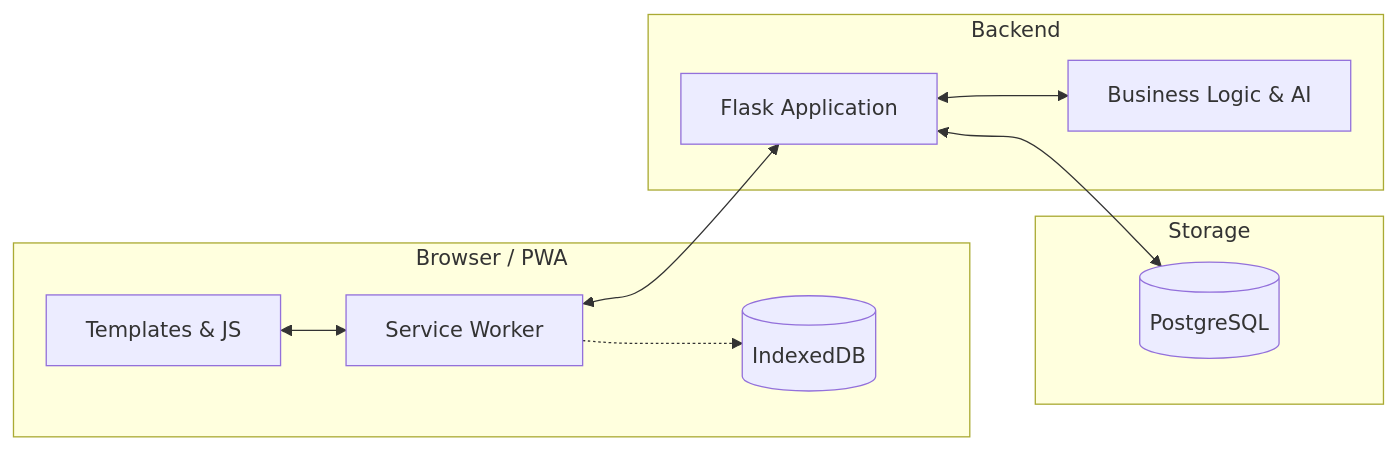
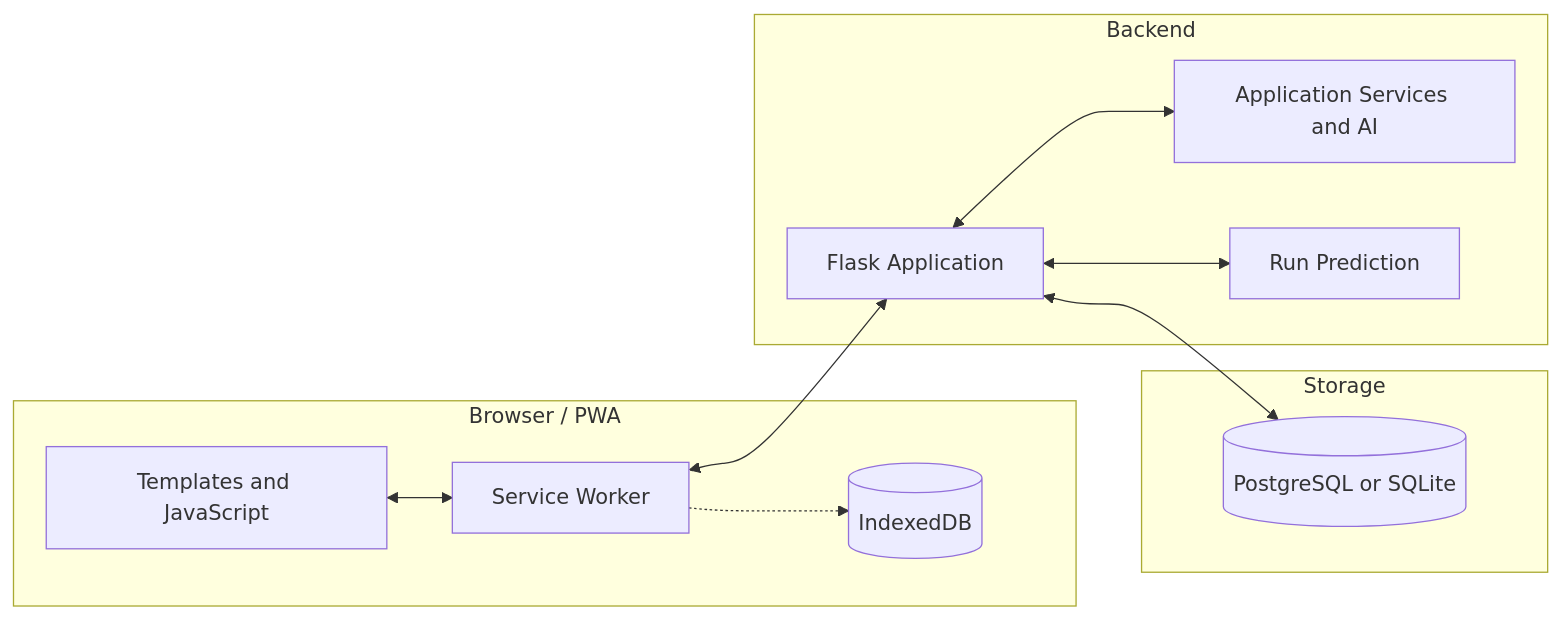
The second of 2 diagrams in README.md (Yajat-Sharma/Runrush), drawn with Mermaid before and after one commit. The commit also changed other lines of this file and 1 other file, not shown here.

````diff
--- a/README.md
+++ b/README.md
@@ -90,23 +104,22 @@
 ```mermaid
 flowchart LR
     subgraph Client [Browser / PWA]
-        UI[Templates & JS]
+        UI[Templates and JavaScript]
         SW[Service Worker]
         IDB[(IndexedDB)]
     end
-
     subgraph Server [Backend]
         Flask[Flask Application]
-        Services[Business Logic & AI]
+        Services[Application Services and AI]
+        ML[Run Prediction]
     end
-
     subgraph Data [Storage]
-        DB[(PostgreSQL)]
+        DB[(PostgreSQL or SQLite)]
     end
-
     UI <--> SW
     SW -.-> IDB
     SW <--> Flask
     Flask <--> Services
+    Flask <--> ML
     Flask <--> DB
 ```
````
